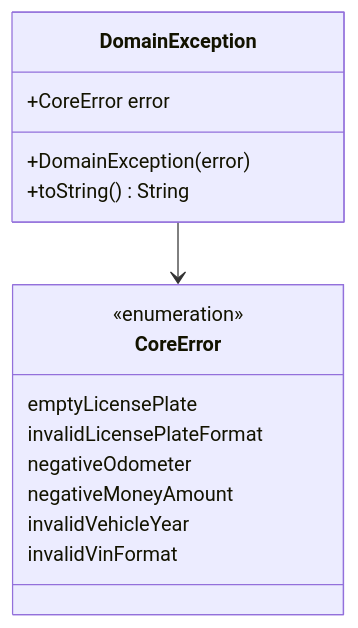
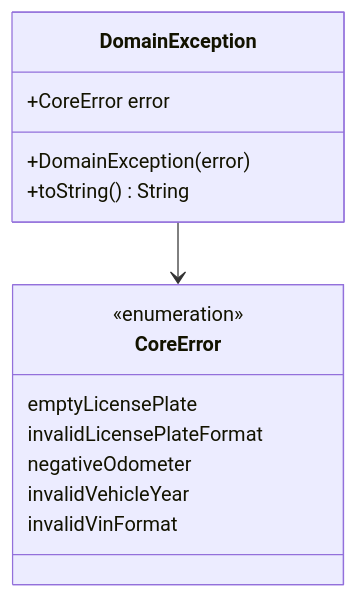
Before and after one commit to abrahdev/karter: diagram 11 of 13 in docs/docs/developer/mobile/app-architecture.md, drawn with Mermaid. The commit also changed other lines of this file and 4 other files, not shown here.

````diff
--- a/docs/docs/developer/mobile/app-architecture.md
+++ b/docs/docs/developer/mobile/app-architecture.md
@@ -319,20 +319,19 @@
 ```mermaid
 classDiagram
     class CoreError {
         <<enumeration>>
         emptyLicensePlate
         invalidLicensePlateFormat
         negativeOdometer
-        negativeMoneyAmount
         invalidVehicleYear
         invalidVinFormat
     }
 
     class DomainException {
         +CoreError error
         +DomainException(error)
         +toString() String
     }
 
     DomainException --> CoreError
 ```
````
